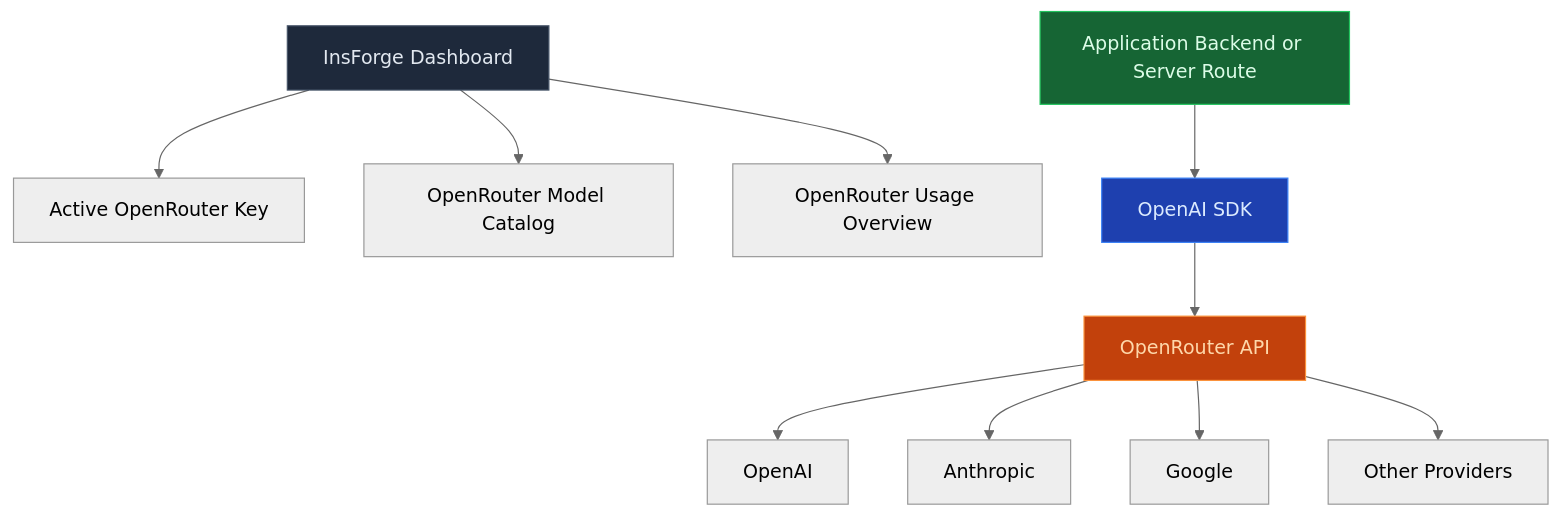
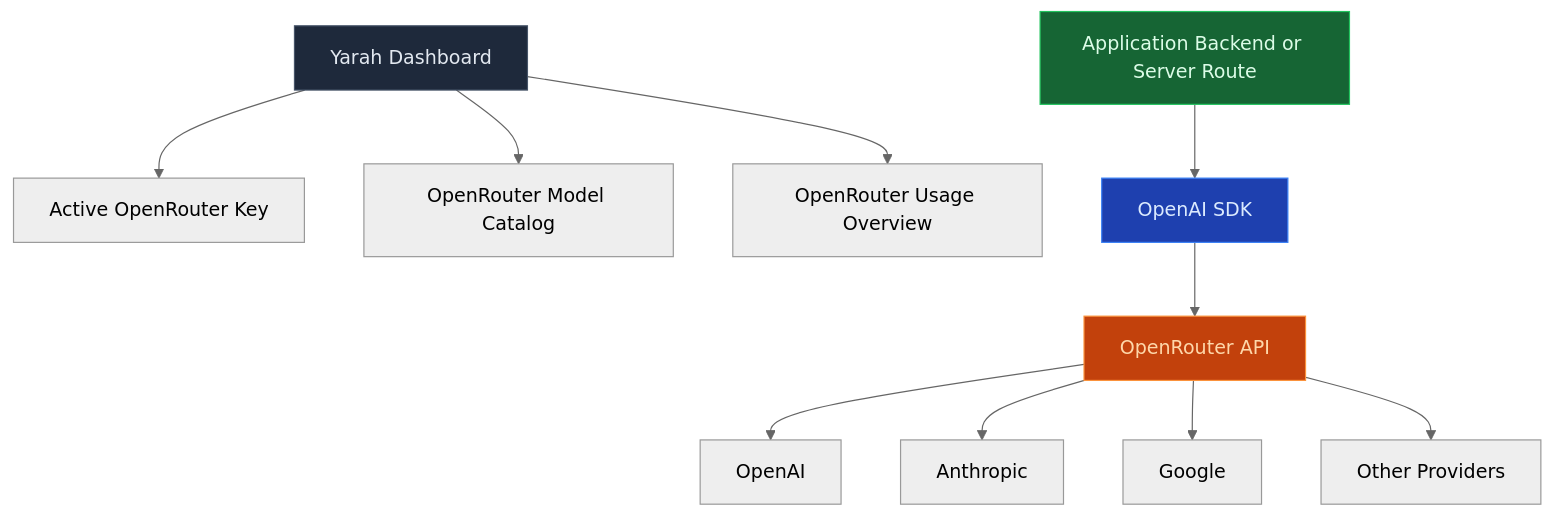
One commit to Darts7u7/Yarah-oos changed the diagram in docs/core-concepts/ai/overview.mdx. Above: the diagram before and after it, drawn with Mermaid (neutral theme). The commit also changed other lines of this file and 1141 other files, not shown here.

````diff
--- a/docs/core-concepts/ai/overview.mdx
+++ b/docs/core-concepts/ai/overview.mdx
@@ -17,19 +17,19 @@
 ```mermaid
 graph TB
-    Dashboard[InsForge Dashboard] --> Key[Active OpenRouter Key]
+    Dashboard[Yarah Dashboard] --> Key[Active OpenRouter Key]
     Dashboard --> Catalog[OpenRouter Model Catalog]
     Dashboard --> Metrics[OpenRouter Usage Overview]
 
     App[Application Backend or Server Route] --> SDK[OpenAI SDK]
     SDK --> OpenRouter[OpenRouter API]
 
     OpenRouter --> OpenAI[OpenAI]
     OpenRouter --> Anthropic[Anthropic]
     OpenRouter --> Google[Google]
     OpenRouter --> More[Other Providers]
 
     style Dashboard fill:#1e293b,stroke:#475569,color:#e2e8f0
     style App fill:#166534,stroke:#22c55e,color:#dcfce7
     style SDK fill:#1e40af,stroke:#3b82f6,color:#dbeafe
     style OpenRouter fill:#c2410c,stroke:#fb923c,color:#fed7aa
 ```
````
